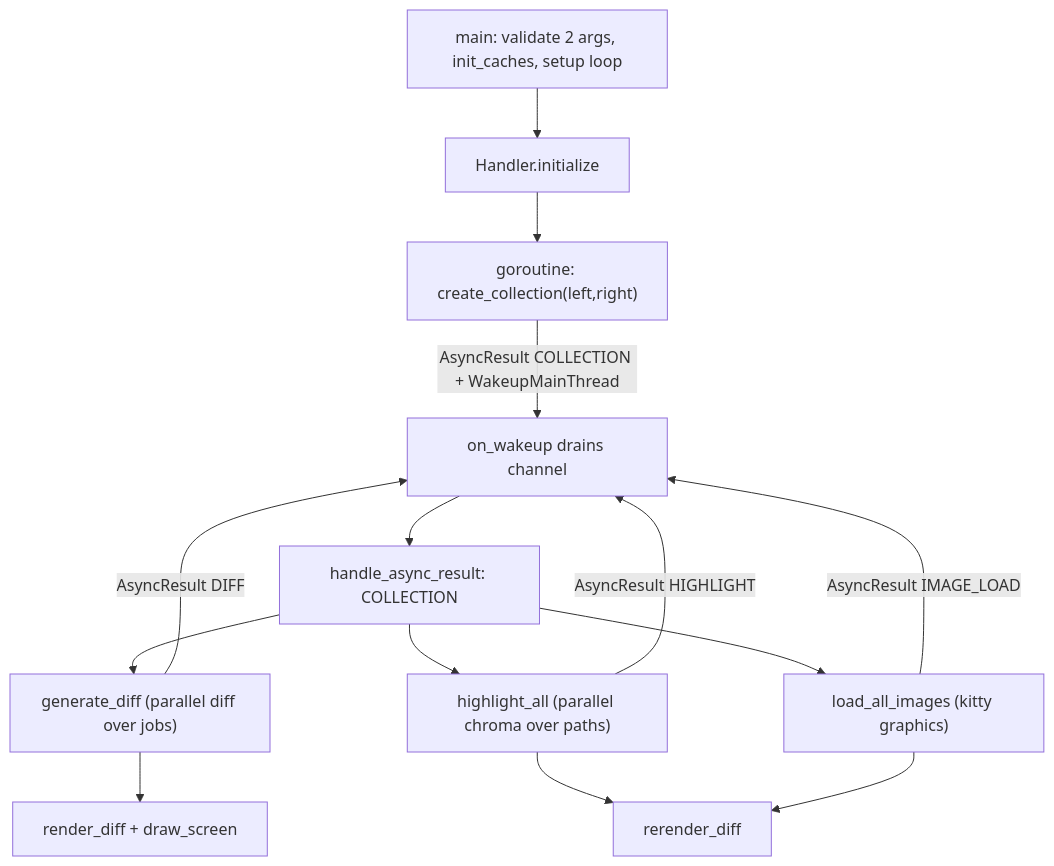
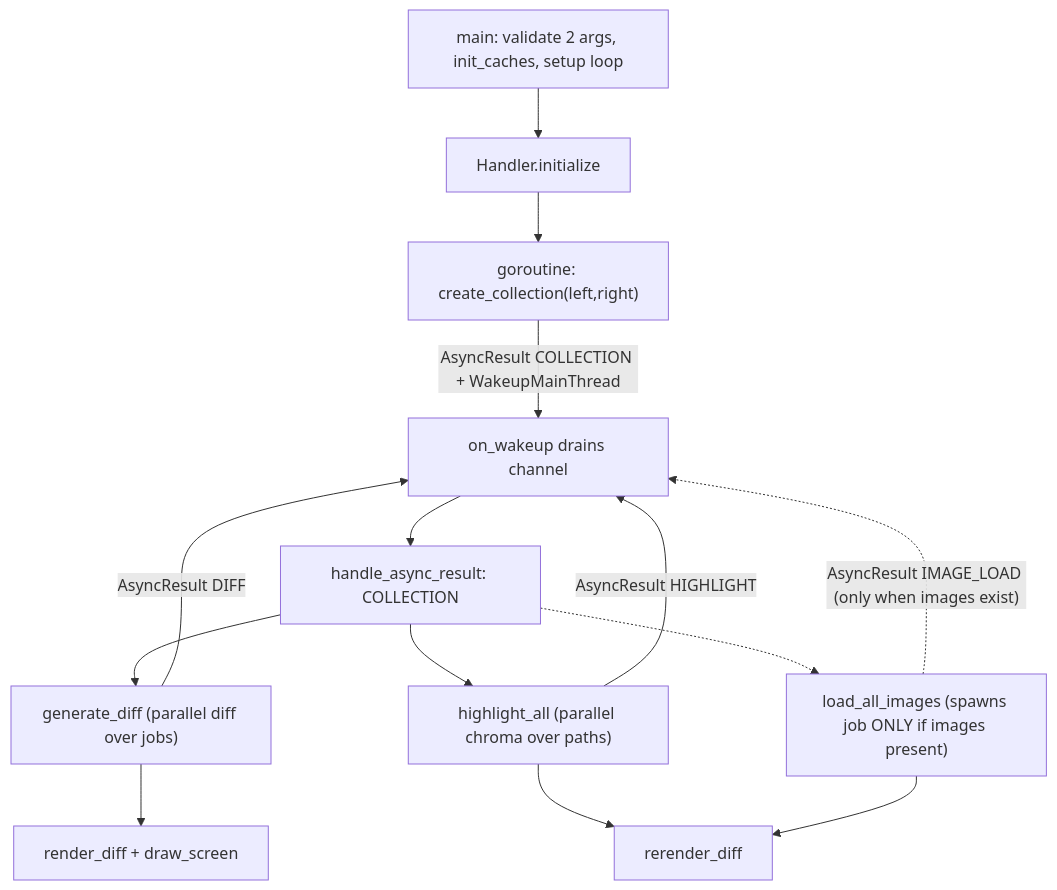
Before and after one commit to blitzy-research/kitty: the diagram in blitzy/documentation/kitty_815df1e210e0.md, drawn with Mermaid. The commit also changed other lines of this file, not shown here.

````diff
--- a/blitzy/documentation/kitty_815df1e210e0.md
+++ b/blitzy/documentation/kitty_815df1e210e0.md
@@ -451,16 +463,16 @@
 ```mermaid
 graph TD
     A["main: validate 2 args, init_caches, setup loop"] --> B["Handler.initialize"]
     B --> C["goroutine: create_collection(left,right)"]
     C -->|"AsyncResult COLLECTION + WakeupMainThread"| D["on_wakeup drains channel"]
     D --> E["handle_async_result: COLLECTION"]
     E --> F["generate_diff (parallel diff over jobs)"]
     E --> G["highlight_all (parallel chroma over paths)"]
-    E --> H["load_all_images (kitty graphics)"]
+    E -.-> H["load_all_images (spawns job ONLY if images present)"]
     F -->|"AsyncResult DIFF"| D
     G -->|"AsyncResult HIGHLIGHT"| D
-    H -->|"AsyncResult IMAGE_LOAD"| D
+    H -.->|"AsyncResult IMAGE_LOAD (only when images exist)"| D
     F --> I["render_diff + draw_screen"]
     G --> J["rerender_diff"]
     H --> J
 ```
````
